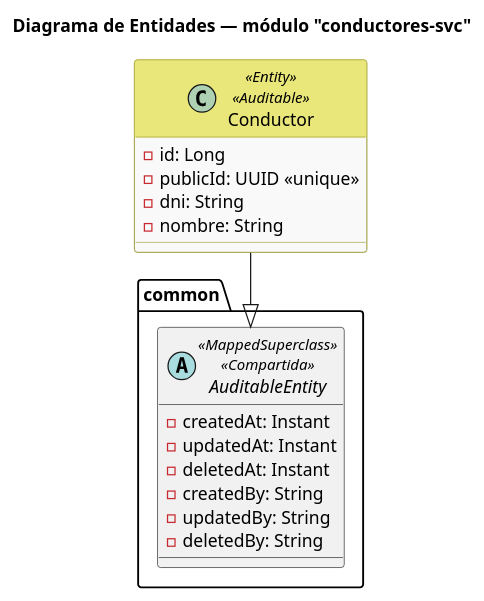
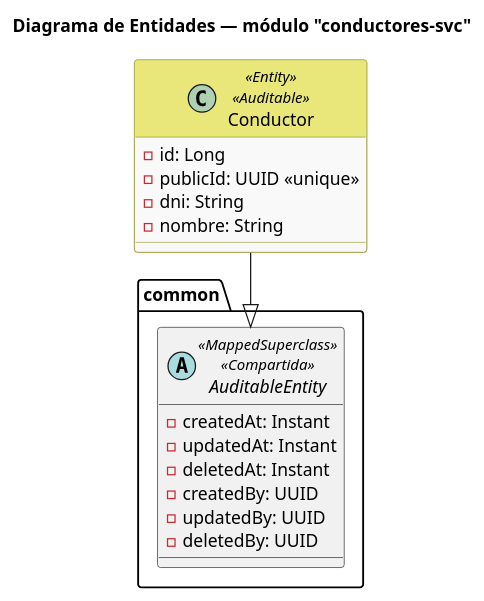
The diagram in docs/Entidades del dominio/dominio-conductores-svc.puml (niclesanti/gestion-activos-neumaticos), drawn with PlantUML before and after one commit. The commit also changed 89 other files, not shown here.

```diff
--- a/docs/Entidades del dominio/dominio-conductores-svc.puml
+++ b/docs/Entidades del dominio/dominio-conductores-svc.puml
@@ -1,35 +1,35 @@
 @startuml dominio-conductores-svc
 
 title Diagrama de Entidades — módulo "conductores-svc"
 
 skinparam class {
     BackgroundColor<<Auditable>> #F9F9F9
     BorderColor<<Auditable>> #9b9934
     HeaderBackgroundColor<<Auditable>> #e9e77a
 }
 
 ' Agregado raíz del módulo. Único escritor de sus propios datos.
 ' No tiene asociaciones salientes: es referenciado por id desde
 ' unidades-transporte-svc (validación vía api) y por
 ' trazabilidad-svc (id + snapshot en los eventos), pero nunca al revés.
 class Conductor <<Entity>> <<Auditable>> {
   - id: Long
   - publicId: UUID <<unique>>
   - dni: String
   - nombre: String
 }
 
 package "common" as common {
   abstract class AuditableEntity <<MappedSuperclass>> <<Compartida>> {
     - createdAt: Instant
     - updatedAt: Instant
     - deletedAt: Instant
-    - createdBy: String
-    - updatedBy: String
-    - deletedBy: String
+    - createdBy: UUID
+    - updatedBy: UUID
+    - deletedBy: UUID
   }
 }
 
 Conductor --|> AuditableEntity
 
 @enduml
```
